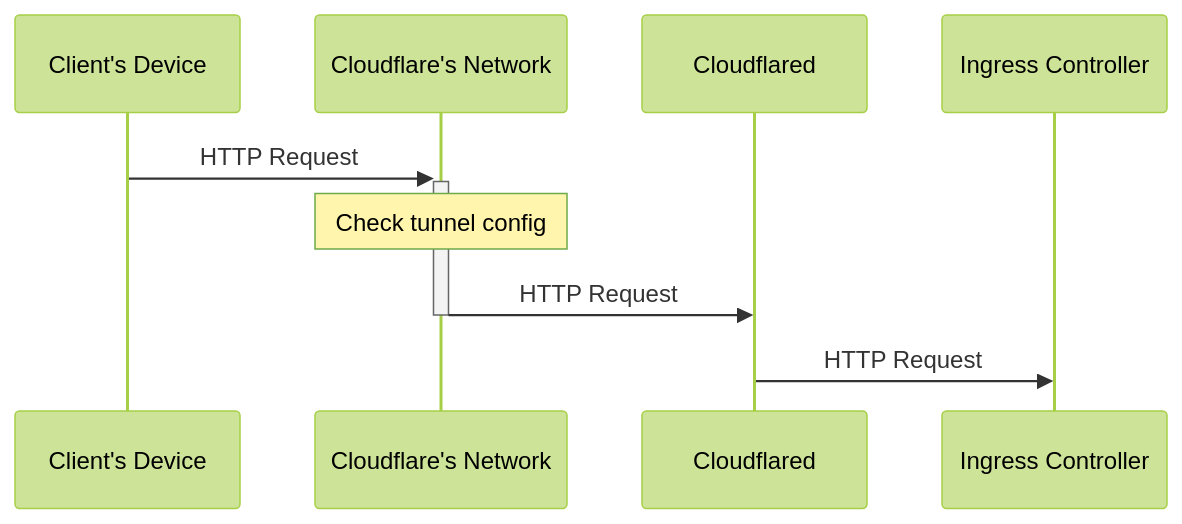
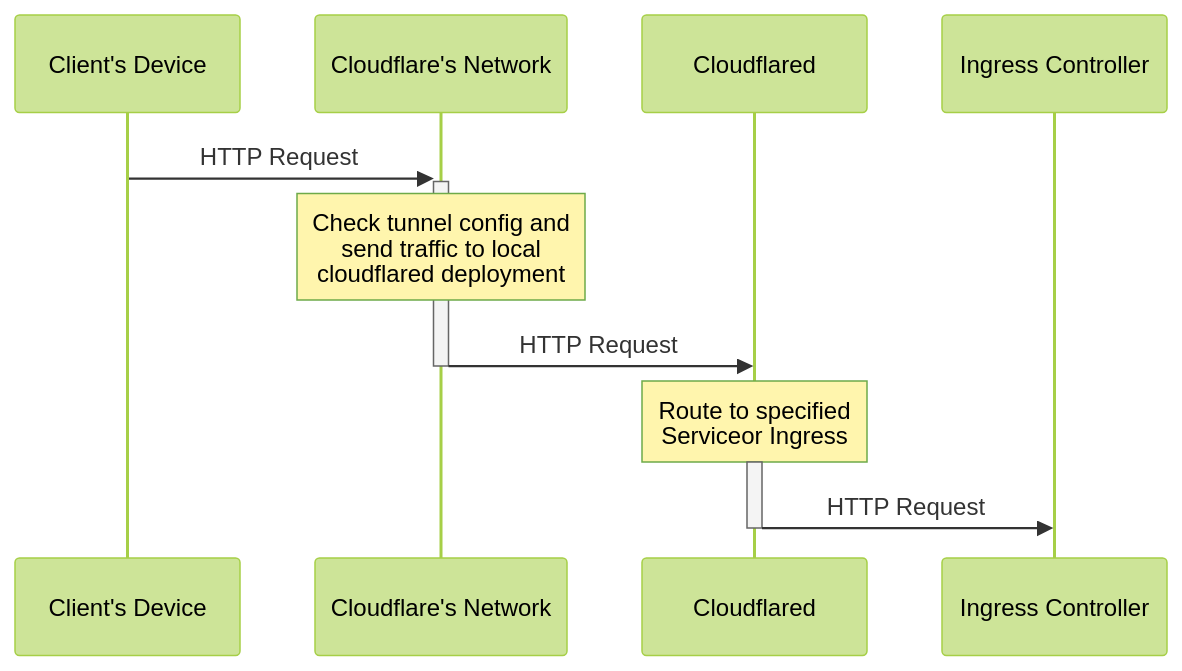
Before and after one commit to McMumf/Homelab: the diagram in kubernetes/networking/cloudflare-tunnel/README.md, drawn with Mermaid (forest theme).

Commit message:
Added another note to diagram

````diff
--- a/kubernetes/networking/cloudflare-tunnel/README.md
+++ b/kubernetes/networking/cloudflare-tunnel/README.md
@@ -9,14 +9,18 @@
 ```mermaid
 sequenceDiagram
   participant user as Client's Device
   participant cloudflare as Cloudflare's Network
   participant cloudflared as Cloudflared
   participant ingress as Ingress Controller
 
   user->>+cloudflare: HTTP Request
 
-  Note over cloudflare: Check tunnel config
+  Note over cloudflare: Check tunnel config and<br>send traffic to local<br>cloudflared deployment
 
   cloudflare->>-cloudflared: HTTP Request
+
+  Note over cloudflared: Route to specified<br>Serviceor Ingress
+  activate cloudflared
   cloudflared->>ingress: HTTP Request
+  deactivate cloudflared
 ```
````
